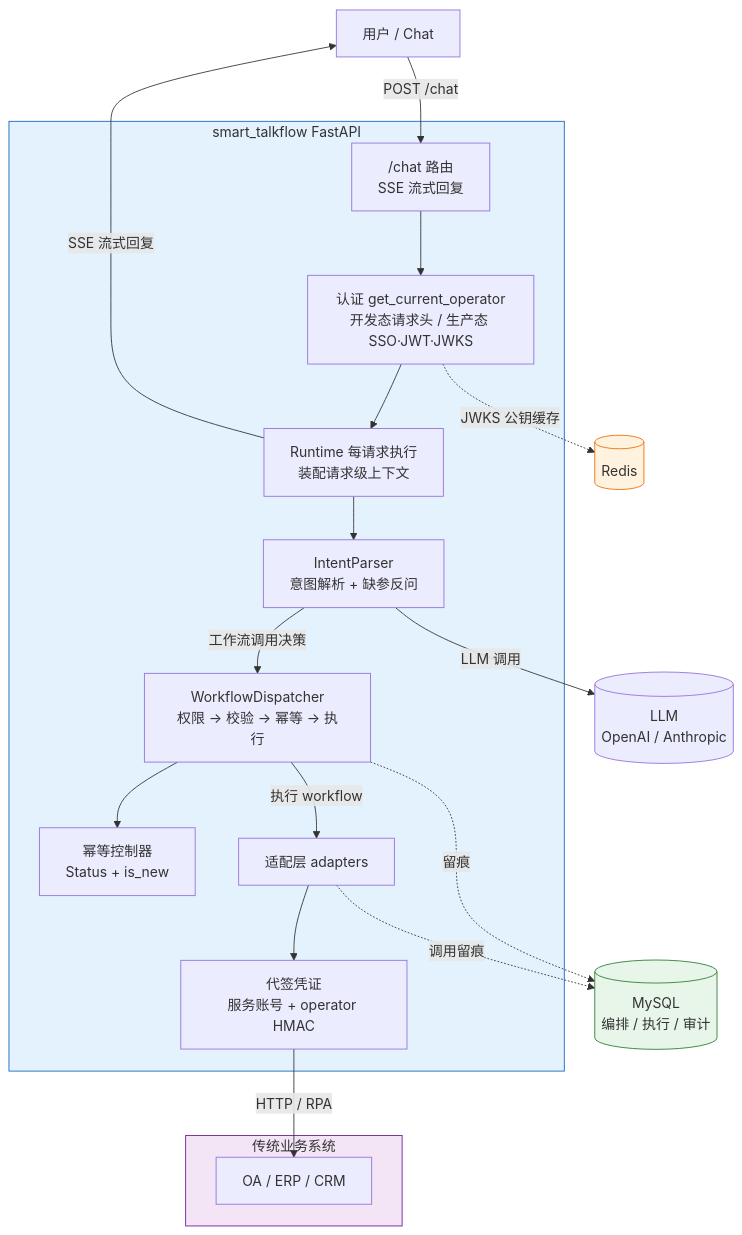
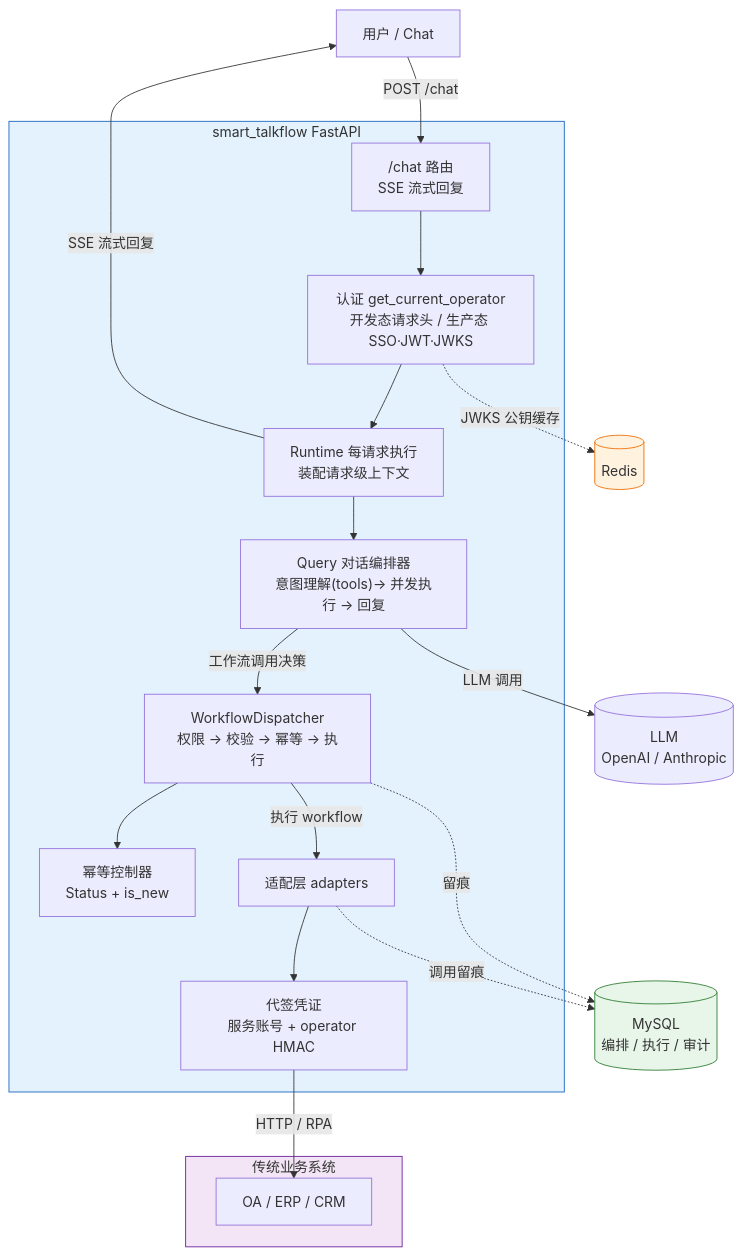
One commit to zs2731070169-web/smart_talkflow changed the first of 2 diagrams in README.md. Above: the diagram before and after it, drawn with Mermaid. The commit also changed other lines of this file and 28 other files, not shown here.

````diff
--- a/README.md
+++ b/README.md
@@ -89,38 +89,38 @@
 ```mermaid
 graph TD
     U[用户 / Chat] -->|POST /chat| API
 
     subgraph 平台[smart_talkflow FastAPI]
         API["/chat 路由<br/>SSE 流式回复"]
         AUTH["认证 get_current_operator<br/>开发态请求头 / 生产态 SSO·JWT·JWKS"]
         RT["Runtime 每请求执行<br/>装配请求级上下文"]
-        AGENT["IntentParser<br/>意图解析 + 缺参反问"]
+        AGENT["Query 对话编排器<br/>意图理解(tools)→ 并发执行 → 回复"]
         ORCH["WorkflowDispatcher<br/>权限 → 校验 → 幂等 → 执行"]
         IDEM["幂等控制器<br/>Status + is_new"]
         ADP["适配层 adapters"]
         CRED["代签凭证<br/>服务账号 + operator HMAC"]
     end
 
     API --> AUTH --> RT
     RT --> AGENT
     AGENT -->|工作流调用决策| ORCH
     ORCH --> IDEM
     ORCH -->|执行 workflow| ADP
     ADP --> CRED
     AGENT -->|LLM 调用| LLM[(LLM<br/>OpenAI / Anthropic)]
     CRED -->|HTTP / RPA| SYS
     RT -->|SSE 流式回复| U
 
     subgraph 下游[传统业务系统]
         SYS[OA / ERP / CRM]
     end
 
     ORCH -.留痕.-> DB[(MySQL<br/>编排 / 执行 / 审计)]
     ADP -.调用留痕.-> DB
     AUTH -.JWKS 公钥缓存.-> RDS[(Redis)]
 
     style 平台 fill:#e3f2fd,stroke:#1565c0
     style 下游 fill:#f3e5f5,stroke:#6a1b9a
     style DB fill:#e8f5e9,stroke:#2e7d32
     style RDS fill:#fff3e0,stroke:#ef6c00
 ```
````
